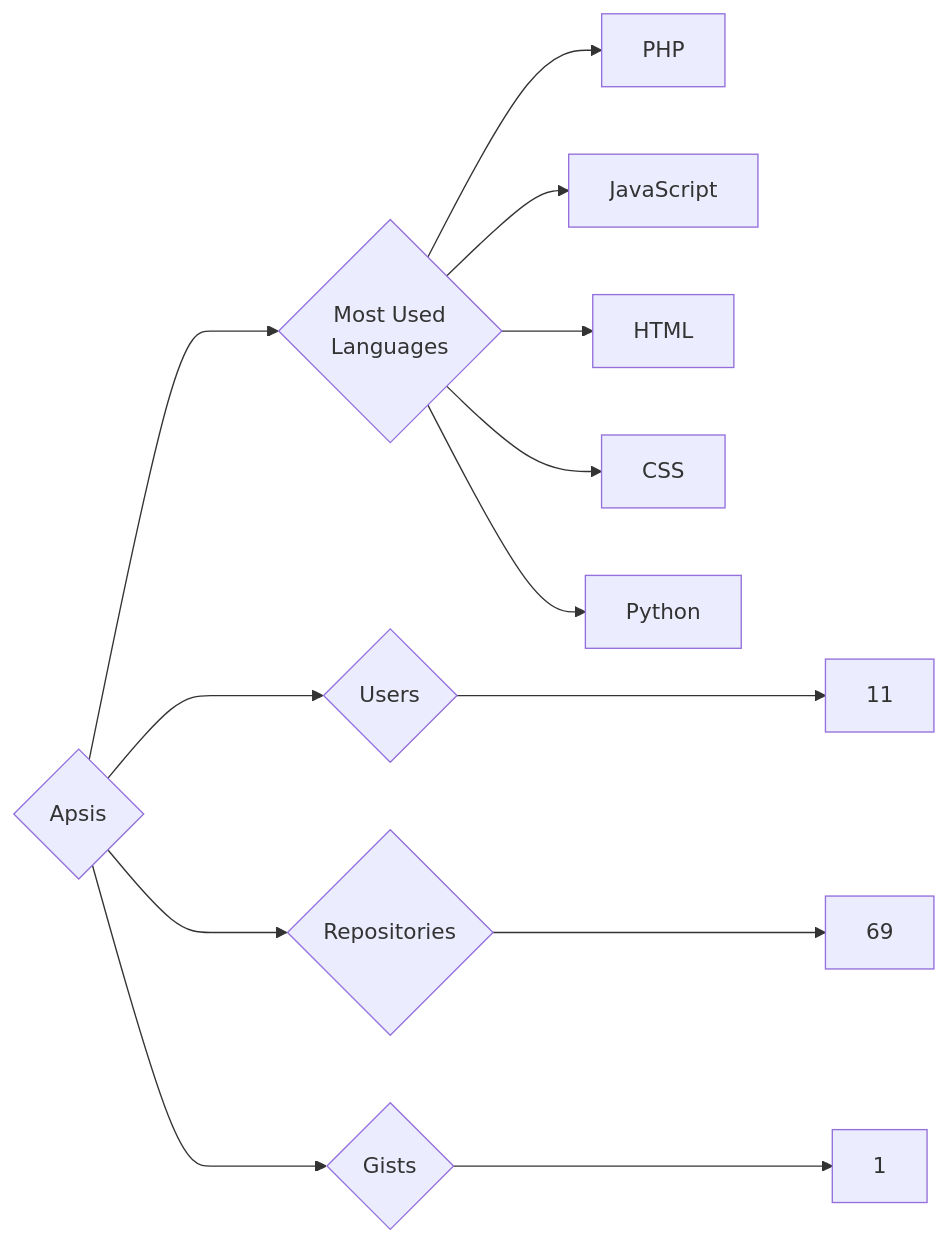
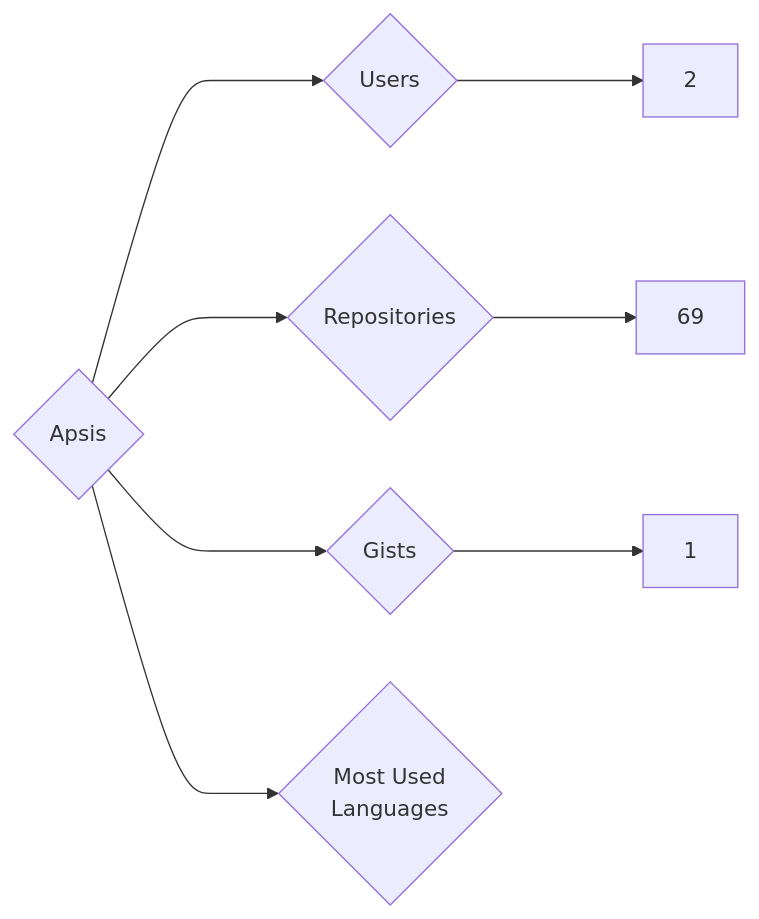
Before and after one commit to trickest/insiders: the diagram in targets/Apsis/README.md, drawn with Mermaid. The commit also changed 951 other files, not shown here.

````diff
--- a/targets/Apsis/README.md
+++ b/targets/Apsis/README.md
@@ -3,13 +3,8 @@
 ```mermaid
 graph LR
 COMPANY_NAME{Apsis}
-COMPANY_NAME ---> U{Users} ---> UN[11]
+COMPANY_NAME ---> U{Users} ---> UN[2]
 COMPANY_NAME ---> R{Repositories} ---> RN[69]
 COMPANY_NAME ---> G{Gists} ---> GN[1]
 COMPANY_NAME ---> ML{Most Used<br>Languages}
-ML --> PHP[PHP]
-ML --> JavaScript[JavaScript]
-ML --> HTML[HTML]
-ML --> CSS[CSS]
-ML --> Python[Python]
 ```
````
